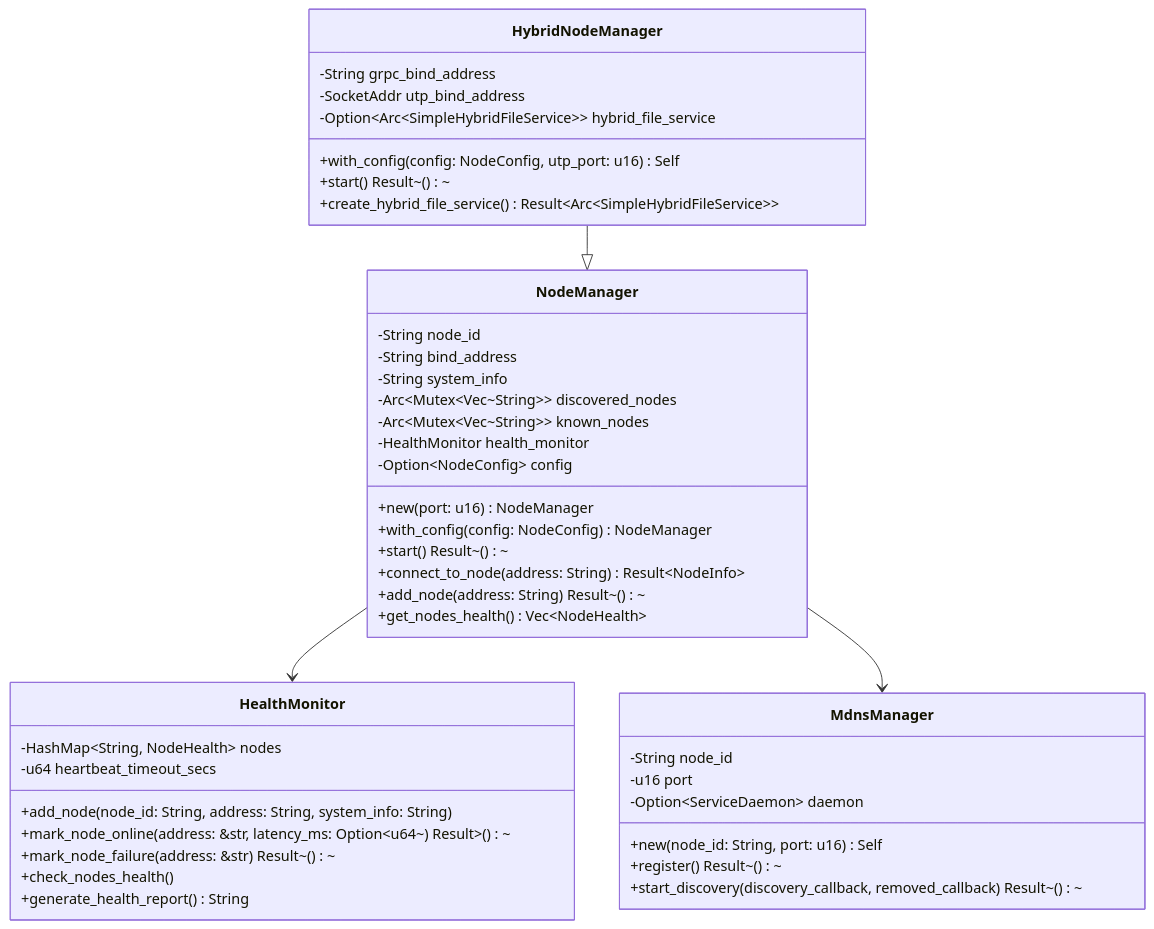
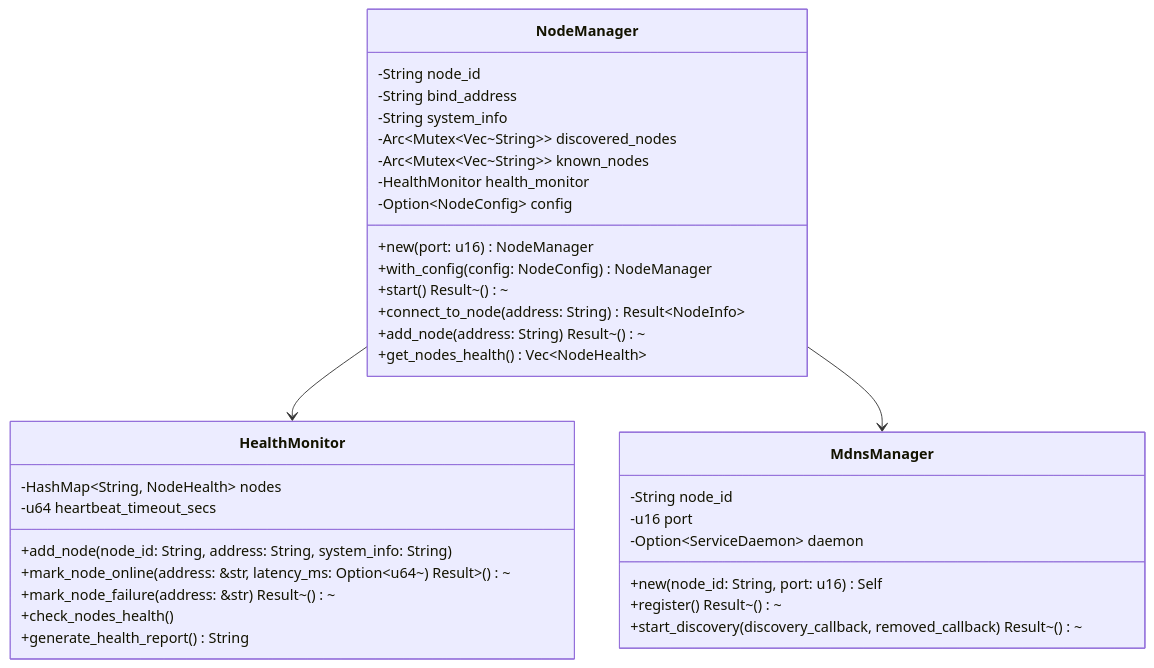
The third of 17 diagrams in docs/CORE_ARCHITECTURE.md (Gyangu/librorum), drawn with Mermaid before and after one commit. The commit also changed other lines of this file and 19 other files, not shown here.

````diff
--- a/docs/CORE_ARCHITECTURE.md
+++ b/docs/CORE_ARCHITECTURE.md
@@ -132,54 +119,43 @@
 ```mermaid
 classDiagram
     class NodeManager {
         -String node_id
         -String bind_address
         -String system_info
         -Arc~Mutex~Vec~String~~ discovered_nodes
         -Arc~Mutex~Vec~String~~ known_nodes
         -HealthMonitor health_monitor
         -Option~NodeConfig~ config
         
         +new(port: u16) NodeManager
         +with_config(config: NodeConfig) NodeManager
         +start() Result~()~
         +connect_to_node(address: String) Result~NodeInfo~
         +add_node(address: String) Result~()~
         +get_nodes_health() Vec~NodeHealth~
-    }
-
-    class HybridNodeManager {
-        -String grpc_bind_address
-        -SocketAddr utp_bind_address
-        -Option~Arc~SimpleHybridFileService~~ hybrid_file_service
-        
-        +with_config(config: NodeConfig, utp_port: u16) Self
-        +start() Result~()~
-        +create_hybrid_file_service() Result~Arc~SimpleHybridFileService~~
     }
 
     class HealthMonitor {
         -HashMap~String, NodeHealth~ nodes
         -u64 heartbeat_timeout_secs
         
         +add_node(node_id: String, address: String, system_info: String)
         +mark_node_online(address: &str, latency_ms: Option~u64~) Result~()~
         +mark_node_failure(address: &str) Result~()~
         +check_nodes_health()
         +generate_health_report() String
     }
 
     class MdnsManager {
         -String node_id
         -u16 port
         -Option~ServiceDaemon~ daemon
         
         +new(node_id: String, port: u16) Self
         +register() Result~()~
         +start_discovery(discovery_callback, removed_callback) Result~()~
     }
 
     NodeManager --> HealthMonitor
     NodeManager --> MdnsManager
-    HybridNodeManager --|> NodeManager
 ```
````
